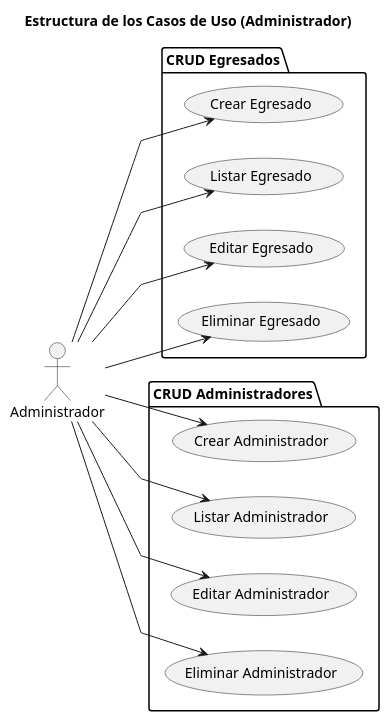
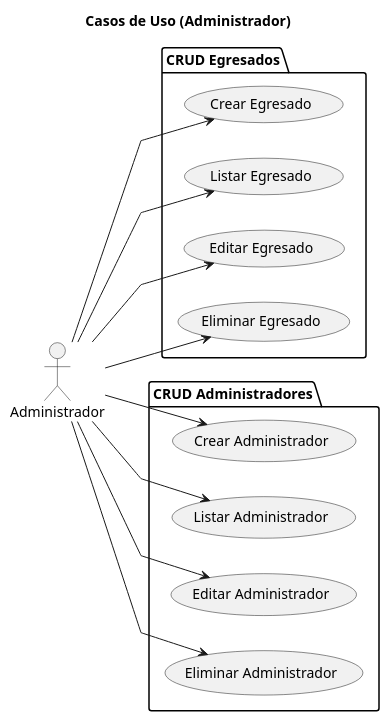
The diagram in Caso_de_Uso/Diagrama_de_Casos_de_Uso/Administrador/Usuarios/Diagrama_CdU.puml (mmasias/23-24-IdSw1-SDR), drawn with PlantUML before and after one commit. The commit also changed 18 other files, not shown here.

Commit message:
Add diagrams for Egresado and Administrador use cases

```diff
--- a/Caso_de_Uso/Diagrama_de_Casos_de_Uso/Administrador/Usuarios/Diagrama_CdU.puml
+++ b/Caso_de_Uso/Diagrama_de_Casos_de_Uso/Administrador/Usuarios/Diagrama_CdU.puml
@@ -1,32 +1,32 @@
 @startuml Diagrama_CdU
 
-title Estructura de los Casos de Uso (Administrador)
+title Casos de Uso (Administrador)
 
 skinparam {
     NoteBackgroundColor #whiteSmoke
     NoteBorderColor #green
     linetype polyline
 }
 
 left to right direction
 
 actor Administrador
 
 folder "CRUD Egresados" as CRUDEgresados {
     Administrador --> (Crear Egresado)
     Administrador --> (Listar Egresado)
     Administrador --> (Editar Egresado)
     Administrador --> (Eliminar Egresado)
 }
 
 
 
 folder "CRUD Administradores" as CRUDAdministradores {
     Administrador --> (Crear Administrador)
     Administrador --> (Listar Administrador)
     Administrador --> (Editar Administrador)
     Administrador --> (Eliminar Administrador)
 }
 
 
 @enduml
```
